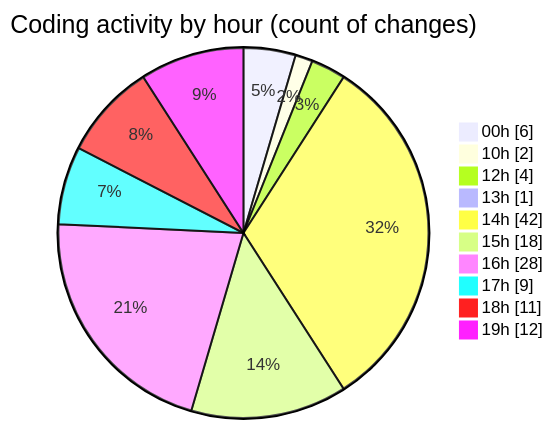
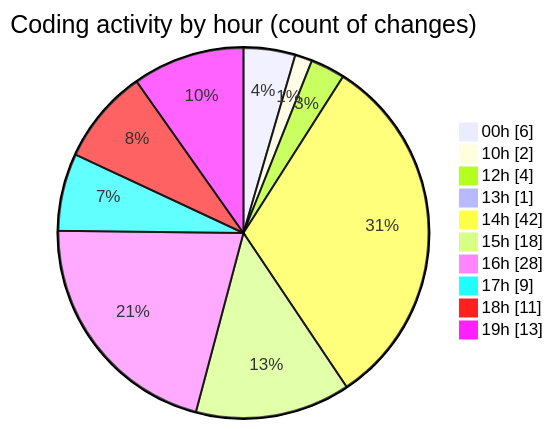
Before and after one commit to nxtqubesakshisongat/code-tracking: the second of 2 diagrams in 2025-06-04/nxtqube_webapp/README.md, drawn with Mermaid. The commit also changed other lines of this file and 1 other file, not shown here.

````diff
--- a/2025-06-04/nxtqube_webapp/README.md
+++ b/2025-06-04/nxtqube_webapp/README.md
@@ -36,14 +36,14 @@
 ```mermaid
 pie showData
 title Coding activity by hour (count of changes)
 "00h" : 6
 "10h" : 2
 "12h" : 4
 "13h" : 1
 "14h" : 42
 "15h" : 18
 "16h" : 28
 "17h" : 9
 "18h" : 11
-"19h" : 12
+"19h" : 13
 ```
````
